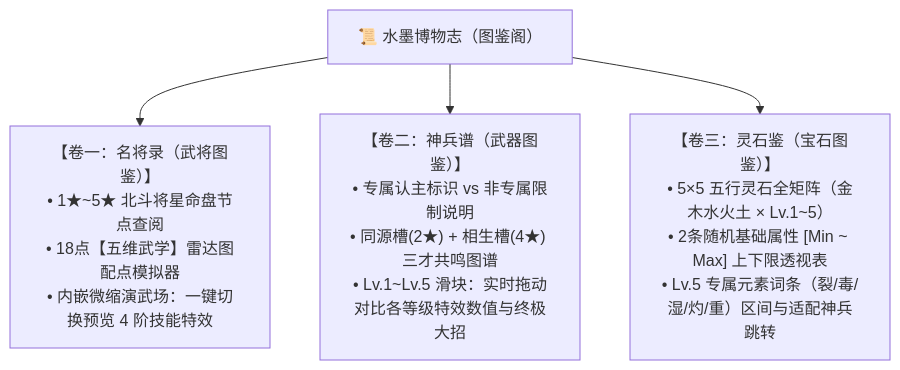
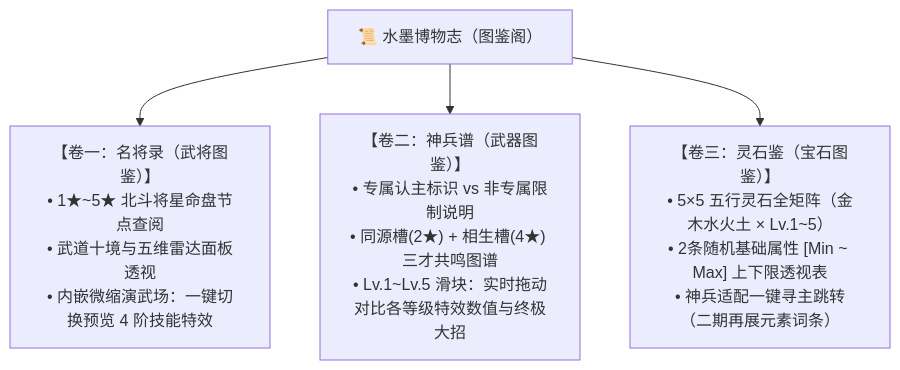
One commit to niuchangsheng/TowerDefense changed the tenth of 10 diagrams in docs/Wuxing_System_Design.md. Above: the diagram before and after it, drawn with Mermaid. The commit also changed other lines of this file and 1 other file, not shown here.

````diff
--- a/docs/Wuxing_System_Design.md
+++ b/docs/Wuxing_System_Design.md
@@ -962,6 +962,6 @@
 ```mermaid
 flowchart TD
-    Codex["📜 水墨博物志（图鉴阁）"] --> HeroCodex["【卷一：名将录（武将图鉴）】\n• 1★~5★ 北斗将星命盘节点查阅\n• 18点【五维武学】雷达图配点模拟器\n• 内嵌微缩演武场：一键切换预览 4 阶技能特效"]
+    Codex["📜 水墨博物志（图鉴阁）"] --> HeroCodex["【卷一：名将录（武将图鉴）】\n• 1★~5★ 北斗将星命盘节点查阅\n• 武道十境与五维雷达面板透视\n• 内嵌微缩演武场：一键切换预览 4 阶技能特效"]
     Codex --> WeaponCodex["【卷二：神兵谱（武器图鉴）】\n• 专属认主标识 vs 非专属限制说明\n• 同源槽(2★) + 相生槽(4★) 三才共鸣图谱\n• Lv.1~Lv.5 滑块：实时拖动对比各等级特效数值与终极大招"]
-    Codex --> GemCodex["【卷三：灵石鉴（宝石图鉴）】\n• 5×5 五行灵石全矩阵（金木水火土 × Lv.1~5）\n• 2条随机基础属性 [Min ~ Max] 上下限透视表\n• Lv.5 专属元素词条（裂/毒/湿/灼/重）区间与适配神兵跳转"]
+    Codex --> GemCodex["【卷三：灵石鉴（宝石图鉴）】\n• 5×5 五行灵石全矩阵（金木水火土 × Lv.1~5）\n• 2条随机基础属性 [Min ~ Max] 上下限透视表\n• 神兵适配一键寻主跳转（二期再展元素词条）"]
 ```
````
